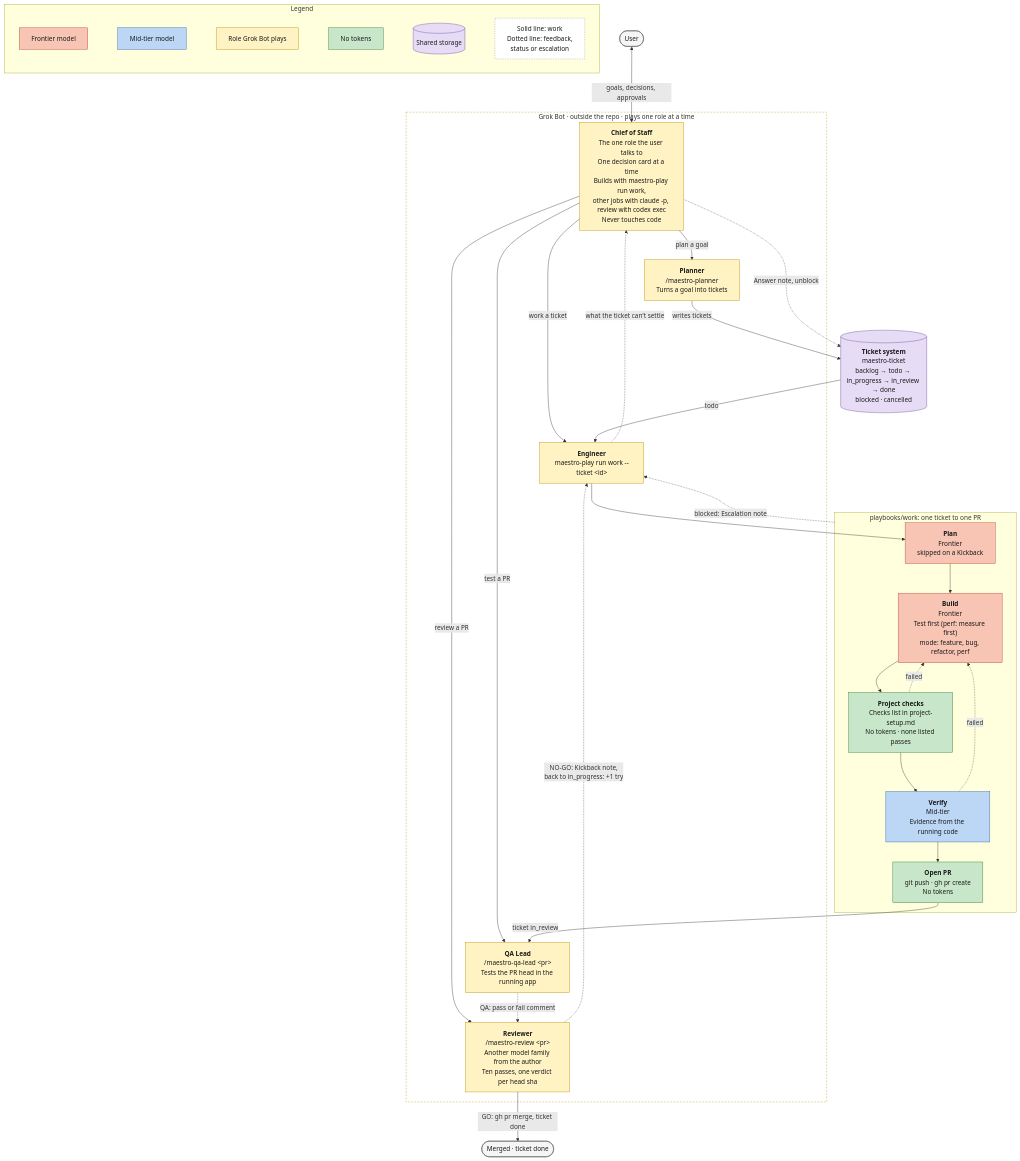
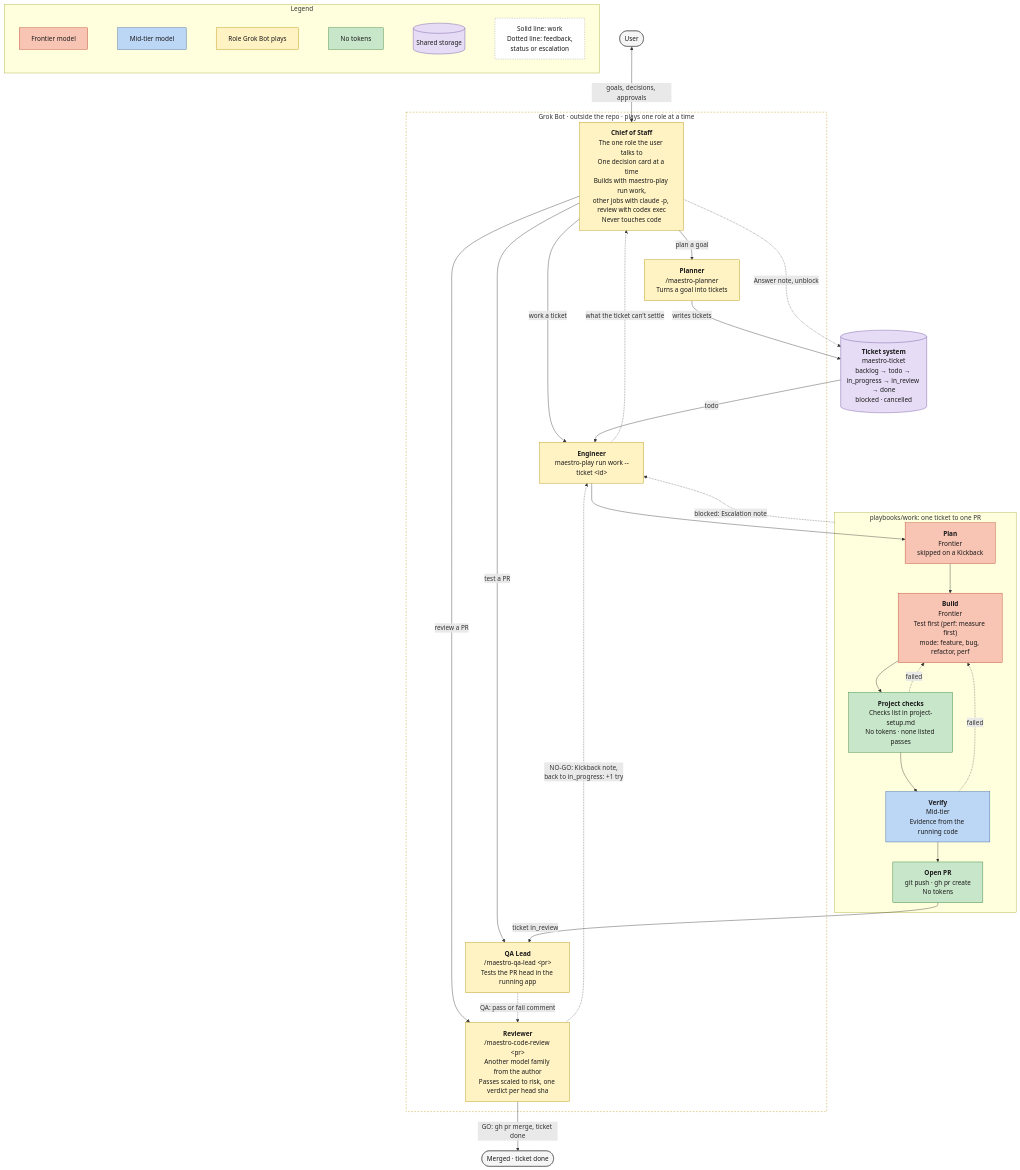
The diagram in docs/team.mermaid (ProlesDei/maestro), drawn with Mermaid before and after one commit. The commit also changed 30 other files, not shown here.

First line of the commit message:
Rework maestro-review as maestro-code-review with risk-scaled passes

```diff
--- a/docs/team.mermaid
+++ b/docs/team.mermaid
@@ -1,73 +1,73 @@
 flowchart TD
     User([User])
 
     subgraph Grok ["Grok Bot · outside the repo · plays one role at a time"]
         CoS["<b>Chief of Staff</b><br/>The one role the user talks to<br/>One decision card at a time<br/>Builds with maestro-play run work,<br/>other jobs with claude -p, review with codex exec<br/>Never touches code"]
         Planner["<b>Planner</b><br/>/maestro-planner<br/>Turns a goal into tickets"]
         Eng["<b>Engineer</b><br/>maestro-play run work --ticket &lt;id&gt;"]
         QA["<b>QA Lead</b><br/>/maestro-qa-lead &lt;pr&gt;<br/>Tests the PR head in the running app"]
-        Rev["<b>Reviewer</b><br/>/maestro-review &lt;pr&gt;<br/>Another model family from the author<br/>Ten passes, one verdict per head sha"]
+        Rev["<b>Reviewer</b><br/>/maestro-code-review &lt;pr&gt;<br/>Another model family from the author<br/>Passes scaled to risk, one verdict per head sha"]
     end
 
     Tickets[("<b>Ticket system</b><br/>maestro-ticket<br/>backlog → todo → in_progress → in_review → done<br/>blocked · cancelled")]
 
     subgraph Work ["playbooks/work: one ticket to one PR"]
         Plan["<b>Plan</b><br/>Frontier<br/>skipped on a Kickback"]
         Build["<b>Build</b><br/>Frontier<br/>Test first (perf: measure first)<br/>mode: feature, bug, refactor, perf"]
         Checks["<b>Project checks</b><br/>Checks list in project-setup.md<br/>No tokens · none listed passes"]
         Verify["<b>Verify</b><br/>Mid-tier<br/>Evidence from the running code"]
         PR["<b>Open PR</b><br/>git push · gh pr create<br/>No tokens"]
     end
 
     Done([Merged · ticket done])
 
     %% User and Chief of Staff
     User <-->|"goals, decisions, approvals"| CoS
 
     %% The Chief of Staff starts each job
     CoS -->|"plan a goal"| Planner
     CoS -->|"work a ticket"| Eng
     CoS -->|"test a PR"| QA
     CoS -->|"review a PR"| Rev
 
     %% Planning
     Planner -->|"writes tickets"| Tickets
     Tickets -->|"todo"| Eng
 
     %% Build
     Eng --> Plan --> Build --> Checks --> Verify --> PR
     Checks -.->|"failed"| Build
     Verify -.->|"failed"| Build
     Work -.->|"blocked: Escalation note"| Eng
     Eng -.->|"what the ticket can't settle"| CoS
     CoS -.->|"Answer note, unblock"| Tickets
 
     %% Test and review
     PR -->|"ticket in_review"| QA
     QA -.->|"QA: pass or fail comment"| Rev
     Rev -->|"GO: gh pr merge, ticket done"| Done
     Rev -.->|"NO-GO: Kickback note,<br/>back to in_progress: +1 try"| Eng
 
     %% Legend
     subgraph Legend ["Legend"]
         direction LR
         L1["Frontier model"] ~~~ L2["Mid-tier model"] ~~~ L6["Role Grok Bot plays"] ~~~ L3["No tokens"] ~~~ L4[("Shared storage")] ~~~ L5["Solid line: work<br/>Dotted line: feedback,<br/>status or escalation"]
     end
 
     %% Styles by cost tier
     classDef frontier fill:#f8c4b4,stroke:#b5472b,color:#1a1a1a
     classDef mid fill:#bcd6f5,stroke:#2f5f9e,color:#1a1a1a
     classDef free fill:#c8e6c9,stroke:#2e7d32,color:#1a1a1a
     classDef storage fill:#e6dcf5,stroke:#6a4c9c,color:#1a1a1a
     classDef person fill:#f5f5f5,stroke:#555,color:#1a1a1a
     classDef bot fill:#fff3c4,stroke:#b38f00,color:#1a1a1a
     classDef note fill:#ffffff,stroke:#999,color:#1a1a1a,stroke-dasharray:3 3
 
     class Plan,Build,L1 frontier
     class Verify,L2 mid
     class Checks,PR,L3 free
     class Tickets,L4 storage
     class User,Done person
     class CoS,Planner,Eng,QA,Rev,L6 bot
     class L5 note
     style Grok fill:none,stroke:#b38f00,stroke-dasharray:4 4
```
